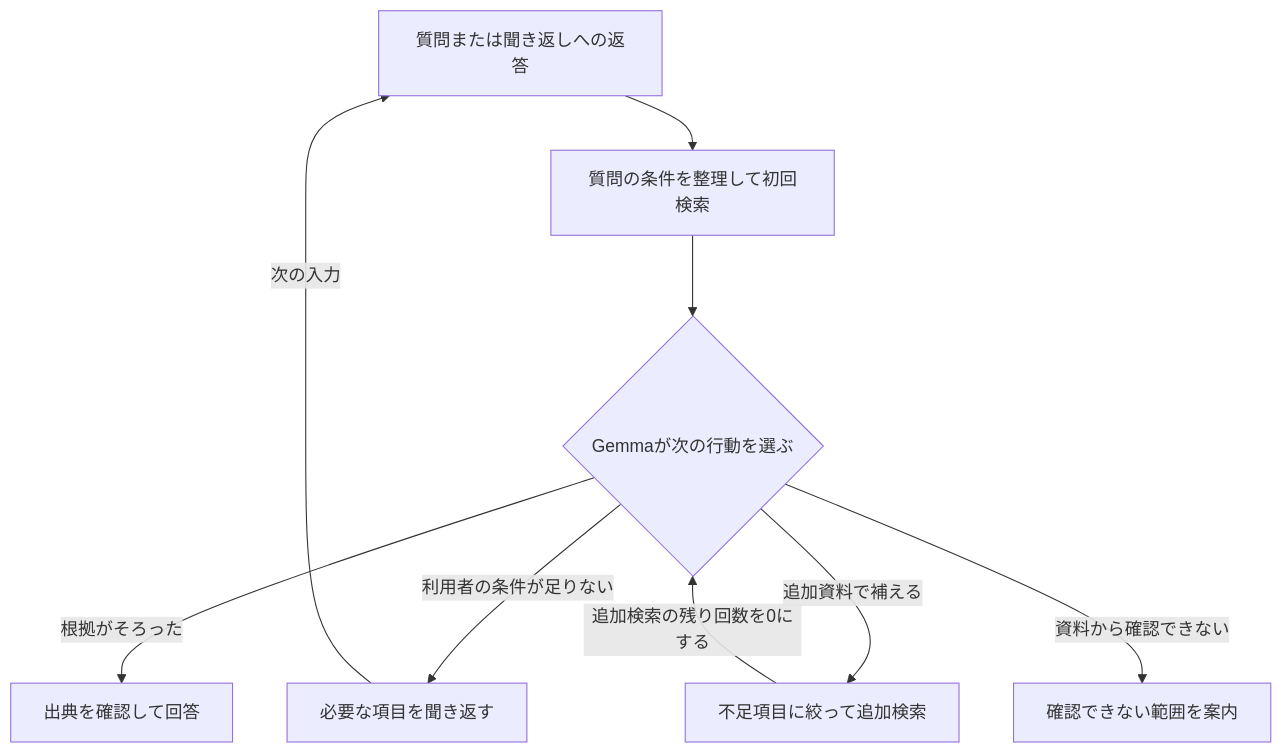
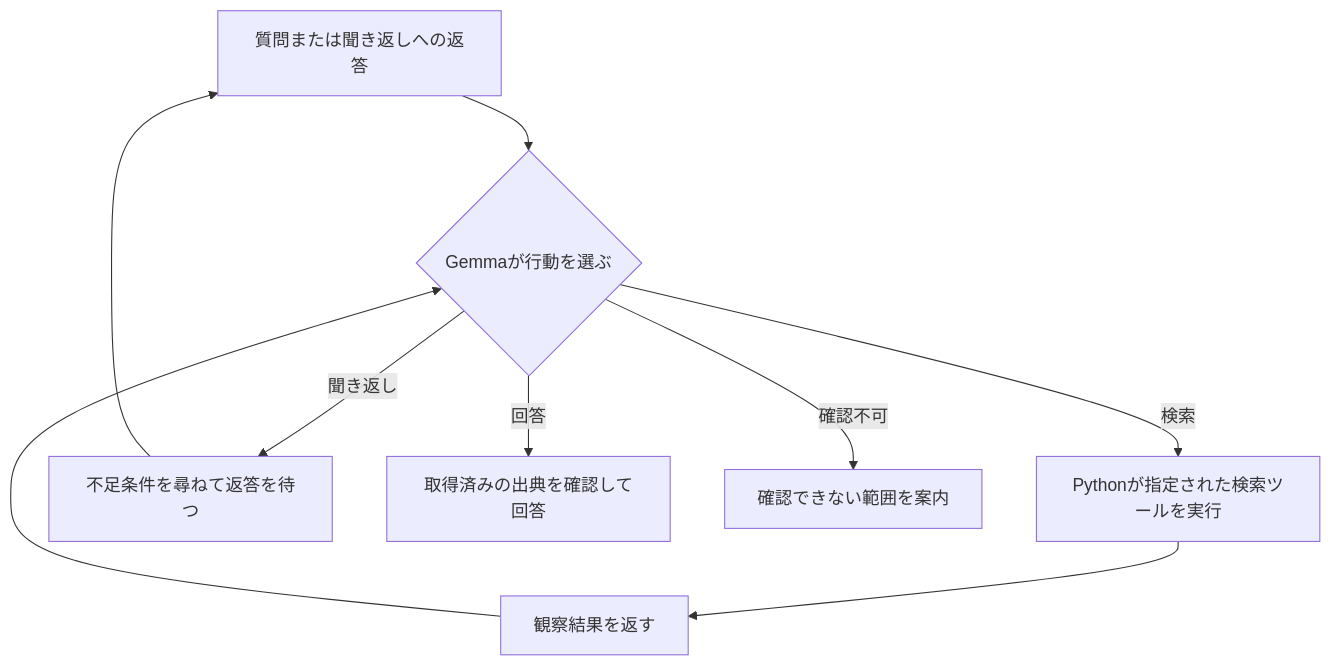
Before and after one commit to taku0193/sanriku-signal: the diagram in docs/agentic-rag-design.md, drawn with Mermaid. The commit also changed other lines of this file and 2 other files, not shown here.

````diff
--- a/docs/agentic-rag-design.md
+++ b/docs/agentic-rag-design.md
@@ -38,11 +38,11 @@
 ```mermaid
 flowchart TD
-    A[質問または聞き返しへの返答] --> B[質問の条件を整理して初回検索]
-    B --> C{Gemmaが次の行動を選ぶ}
-    C -->|根拠がそろった| D[出典を確認して回答]
-    C -->|利用者の条件が足りない| E[必要な項目を聞き返す]
-    E -->|次の入力| A
-    C -->|追加資料で補える| F[不足項目に絞って追加検索]
-    F -->|追加検索の残り回数を0にする| C
-    C -->|資料から確認できない| G[確認できない範囲を案内]
+    A[質問または聞き返しへの返答] --> R{Gemmaが行動を選ぶ}
+    R -->|検索| T[Pythonが指定された検索ツールを実行]
+    T --> O[観察結果を返す]
+    O --> R
+    R -->|聞き返し| C[不足条件を尋ねて返答を待つ]
+    C --> A
+    R -->|回答| D[取得済みの出典を確認して回答]
+    R -->|確認不可| G[確認できない範囲を案内]
 ```
````
